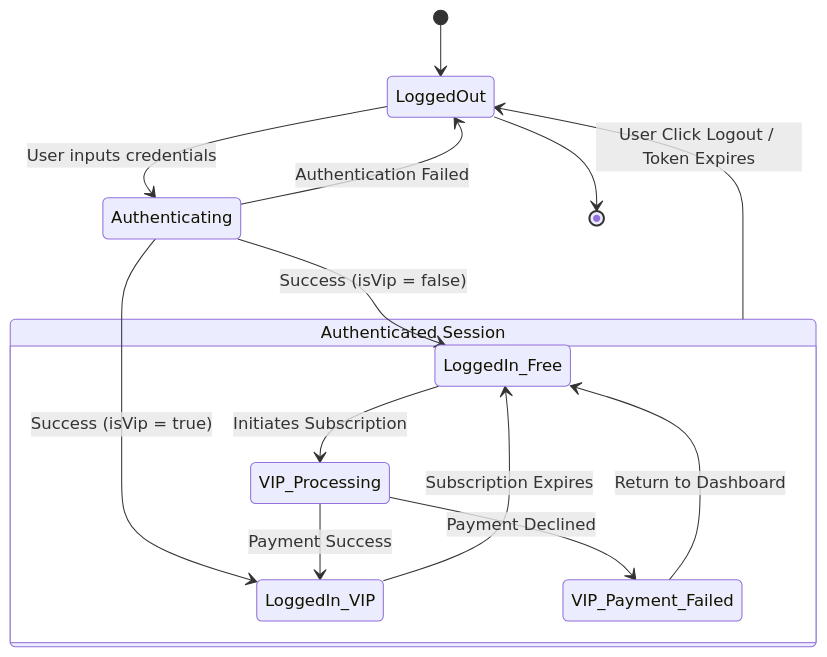
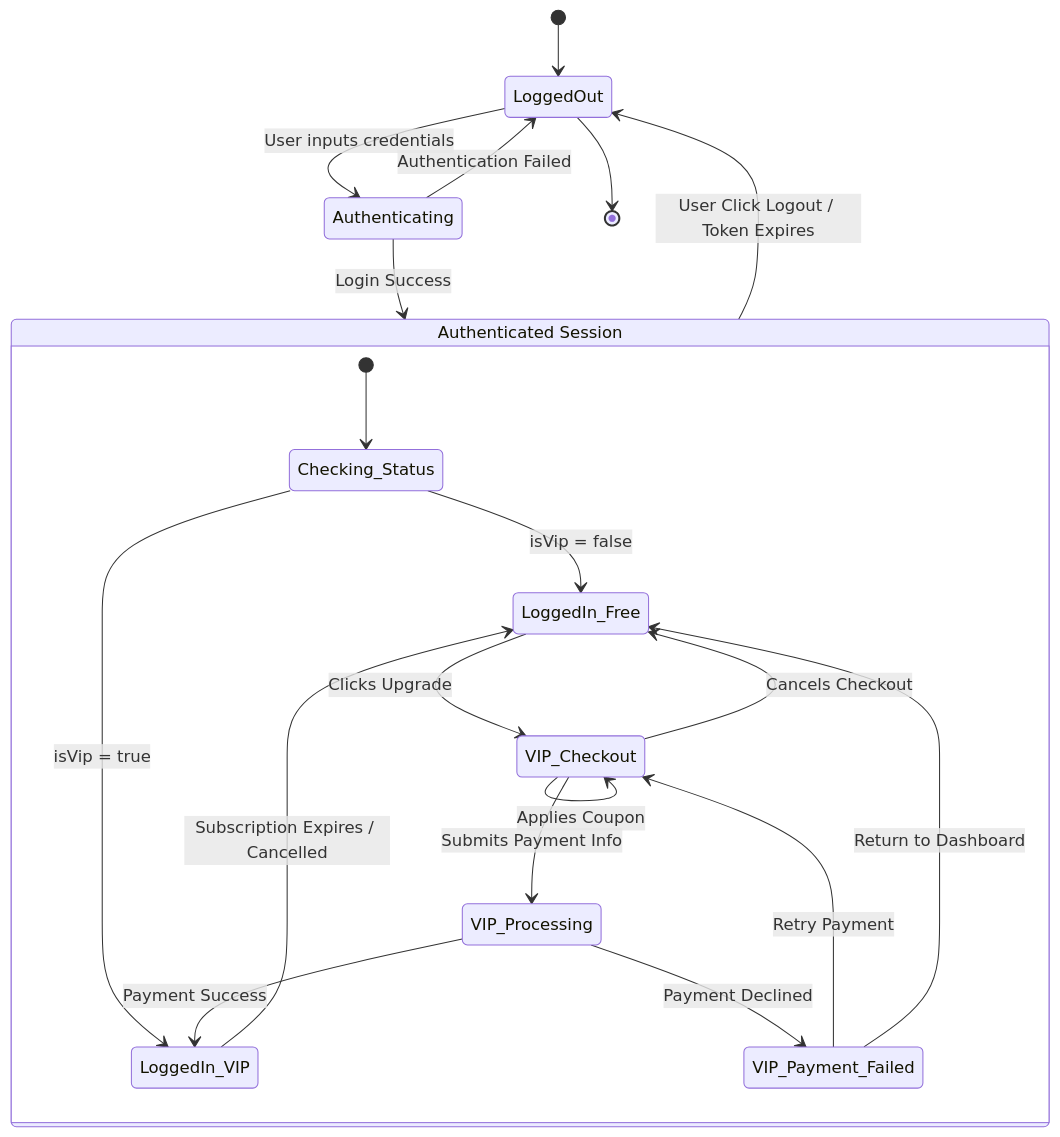
One commit to michaexxx2324/FYP changed the first of 4 diagrams in StateCharts.md. Above: the diagram before and after it, drawn with Mermaid. The commit also changed other lines of this file, not shown here.

````diff
--- a/StateCharts.md
+++ b/StateCharts.md
@@ -12,20 +12,30 @@
 ```mermaid
 stateDiagram-v2
     [*] --> LoggedOut
     
     LoggedOut --> Authenticating : User inputs credentials 
     Authenticating --> LoggedOut : Authentication Failed
-    Authenticating --> LoggedIn_Free : Success (isVip = false)
-    Authenticating --> LoggedIn_VIP : Success (isVip = true)
+    Authenticating --> AuthSession : Login Success
     
     state "Authenticated Session" as AuthSession {
-        LoggedIn_Free --> VIP_Processing : Initiates Subscription
+        [*] --> Checking_Status
+        Checking_Status --> LoggedIn_Free : isVip = false
+        Checking_Status --> LoggedIn_VIP : isVip = true
+        
+        LoggedIn_Free --> VIP_Checkout : Clicks Upgrade
+        VIP_Checkout --> VIP_Checkout : Applies Coupon
+        VIP_Checkout --> VIP_Processing : Submits Payment Info
+        VIP_Checkout --> LoggedIn_Free : Cancels Checkout
+        
         VIP_Processing --> VIP_Payment_Failed : Payment Declined
+        VIP_Payment_Failed --> VIP_Checkout : Retry Payment
         VIP_Payment_Failed --> LoggedIn_Free : Return to Dashboard
+        
         VIP_Processing --> LoggedIn_VIP : Payment Success
-        LoggedIn_VIP --> LoggedIn_Free : Subscription Expires
+        
+        LoggedIn_VIP --> LoggedIn_Free : Subscription Expires / Cancelled
     }
     
     AuthSession --> LoggedOut : User Click Logout / Token Expires
     LoggedOut --> [*]
 ```
````
